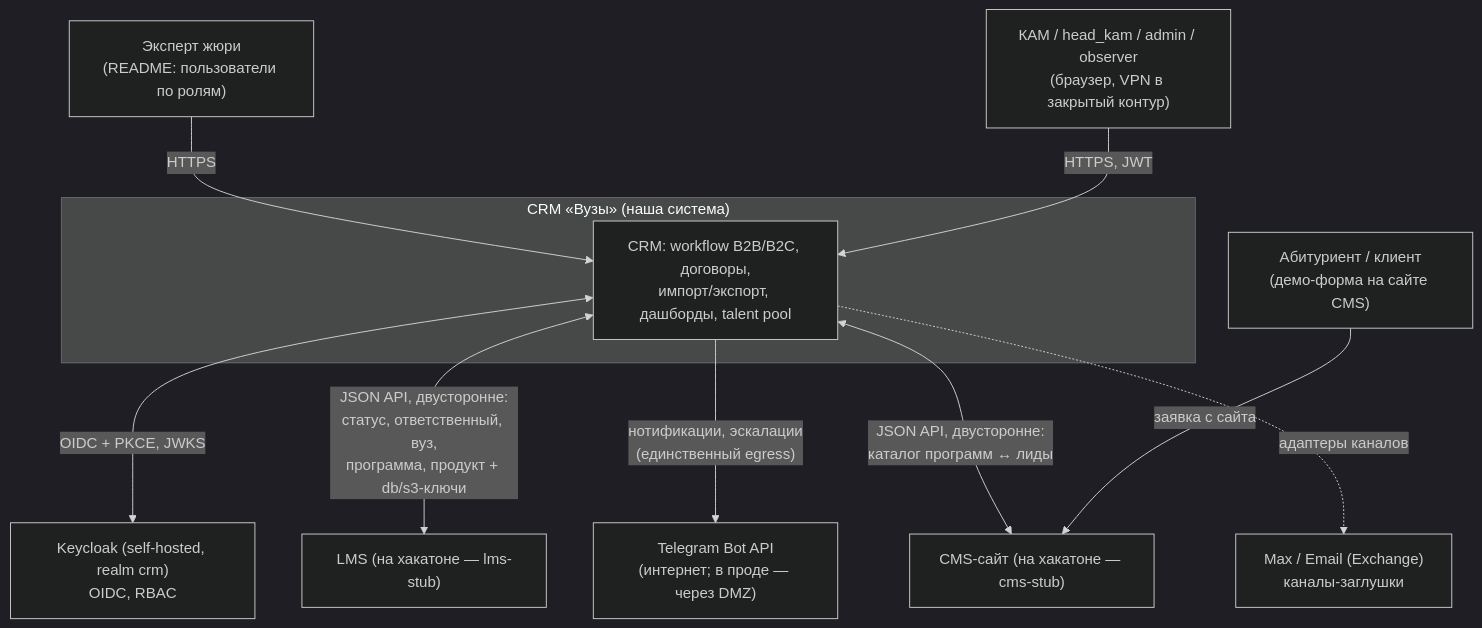
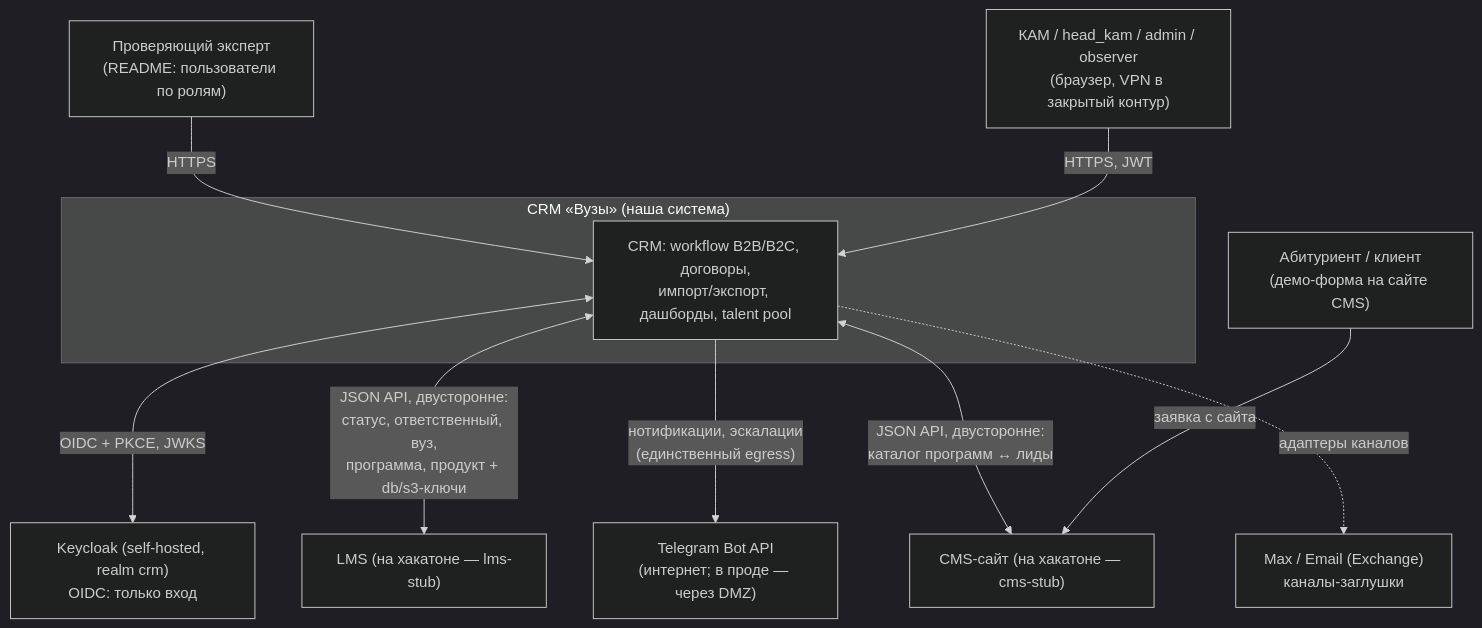
The first of 2 diagrams in docs/design/OVERVIEW.md (ilya2108/Collabse-LCT-Alma), drawn with Mermaid (dark theme) before and after one commit. The commit also changed other lines of this file and 26 other files, not shown here.

````diff
--- a/docs/design/OVERVIEW.md
+++ b/docs/design/OVERVIEW.md
@@ -72,25 +103,25 @@
 ```mermaid
 flowchart TB
     KAM["КАМ / head_kam / admin / observer\n(браузер, VPN в закрытый контур)"]
     LEAD["Абитуриент / клиент\n(демо-форма на сайте CMS)"]
-    JURY["Эксперт жюри\n(README: пользователи по ролям)"]
+    EXPERT["Проверяющий эксперт\n(README: пользователи по ролям)"]
 
     subgraph CRM_SYS["CRM «Вузы» (наша система)"]
         CRM["CRM: workflow B2B/B2C, договоры,\nимпорт/экспорт, дашборды, talent pool"]
     end
 
-    KC["Keycloak (self-hosted, realm crm)\nOIDC, RBAC"]
+    KC["Keycloak (self-hosted, realm crm)\nOIDC: только вход"]
     LMS["LMS (на хакатоне — lms-stub)"]
     CMS["CMS-сайт (на хакатоне — cms-stub)"]
     TG["Telegram Bot API\n(интернет; в проде — через DMZ)"]
     MAX["Max / Email (Exchange)\nканалы-заглушки"]
 
     KAM -->|"HTTPS, JWT"| CRM
-    JURY -->|"HTTPS"| CRM
+    EXPERT -->|"HTTPS"| CRM
     LEAD -->|"заявка с сайта"| CMS
     CRM <-->|"OIDC + PKCE, JWKS"| KC
     CRM <-->|"JSON API, двусторонне:\nстатус, ответственный, вуз,\nпрограмма, продукт + db/s3-ключи"| LMS
     CRM <-->|"JSON API, двусторонне:\nкаталог программ ↔ лиды"| CMS
     CRM -->|"нотификации, эскалации\n(единственный egress)"| TG
     CRM -.->|"адаптеры каналов"| MAX
 ```
````
